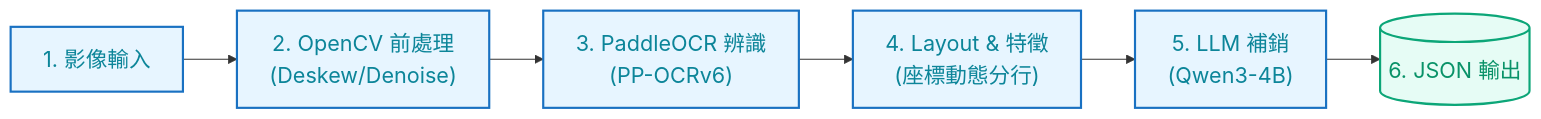
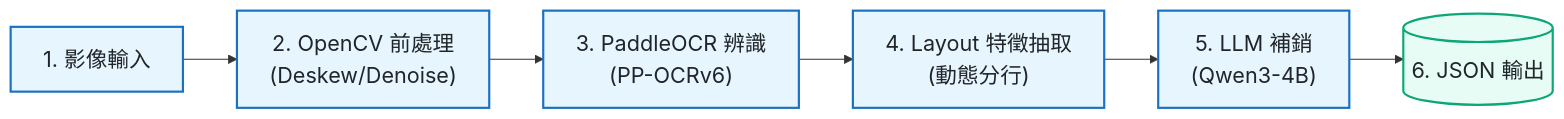
The first of 3 diagrams in README.md (kuotunyu/receipt-ocr-vlm-benchmark), drawn with Mermaid before and after one commit. The commit also changed other lines of this file, not shown here.

Commit message:
style(docs): set all flowchart node text to solid black (#212529) for clean contrast

````diff
--- a/README.md
+++ b/README.md
@@ -33,11 +33,11 @@
 ```mermaid
 %%{init: {'themeVariables': {'fontSize': '20px'}}}%%
 flowchart LR
-    A1["1. 影像輸入"] --> A2["2. OpenCV 前處理<br/>(Deskew/Denoise)"] --> A3["3. PaddleOCR 辨識<br/>(PP-OCRv6)"] --> A4["4. Layout & 特徵<br/>(座標動態分行)"] --> A5["5. LLM 補銷<br/>(Qwen3-4B)"] --> A6[("6. JSON 輸出")]
+    A1["1. 影像輸入"] --> A2["2. OpenCV 前處理<br/>(Deskew/Denoise)"] --> A3["3. PaddleOCR 辨識<br/>(PP-OCRv6)"] --> A4["4. Layout 特徵抽取<br/>(動態分行)"] --> A5["5. LLM 補銷<br/>(Qwen3-4B)"] --> A6[("6. JSON 輸出")]
 
-    classDef normStyle fill:#e7f5ff,stroke:#1971c2,stroke-width:2px,color:#0c8599
-    classDef outStyle fill:#e6fcf5,stroke:#0ca678,stroke-width:2px,color:#099268
+    classDef normStyle fill:#e7f5ff,stroke:#1971c2,stroke-width:2px,color:#212529
+    classDef outStyle fill:#e6fcf5,stroke:#0ca678,stroke-width:2px,color:#212529
 
     class A1,A2,A3,A4,A5 normStyle
     class A6 outStyle
 ```
````
